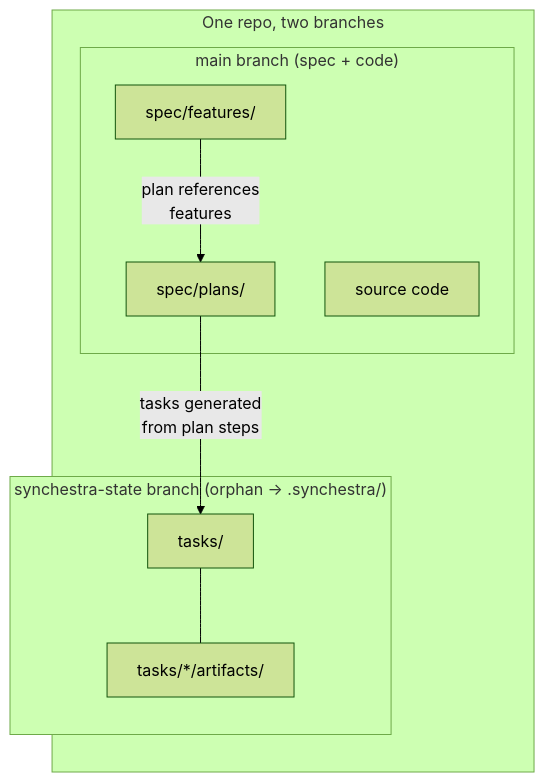
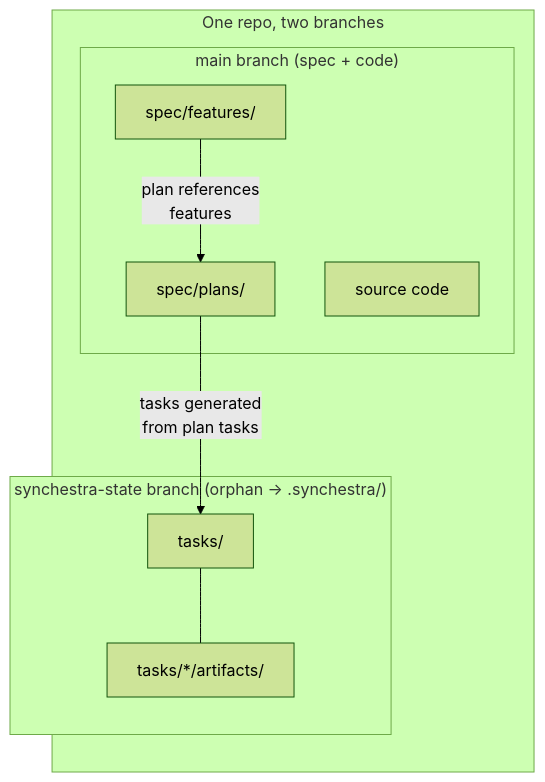
One commit to synchestra-io/synchestra changed the seventh of 7 diagrams in spec/architecture/spec-to-execution.md. Above: the diagram before and after it, drawn with Mermaid (forest theme). The commit also changed other lines of this file and 2 other files, not shown here.

Commit message:
refactor: update spec-to-execution architecture for unified plan/task model

````diff
--- a/spec/architecture/spec-to-execution.md
+++ b/spec/architecture/spec-to-execution.md
@@ -216,20 +216,20 @@
 ```mermaid
 graph TB
     subgraph "One repo, two branches"
         direction TB
         subgraph "main branch (spec + code)"
             SF2["spec/features/"]
             SP2["spec/plans/"]
             CB2["source code"]
         end
 
         subgraph "synchestra-state branch (orphan → .synchestra/)"
             ST2["tasks/"]
             SA2["tasks/*/artifacts/"]
         end
     end
 
     SF2 -->|"plan references<br/>features"| SP2
-    SP2 -->|"tasks generated<br/>from plan steps"| ST2
+    SP2 -->|"tasks generated<br/>from plan tasks"| ST2
     ST2 --- SA2
 ```
````
